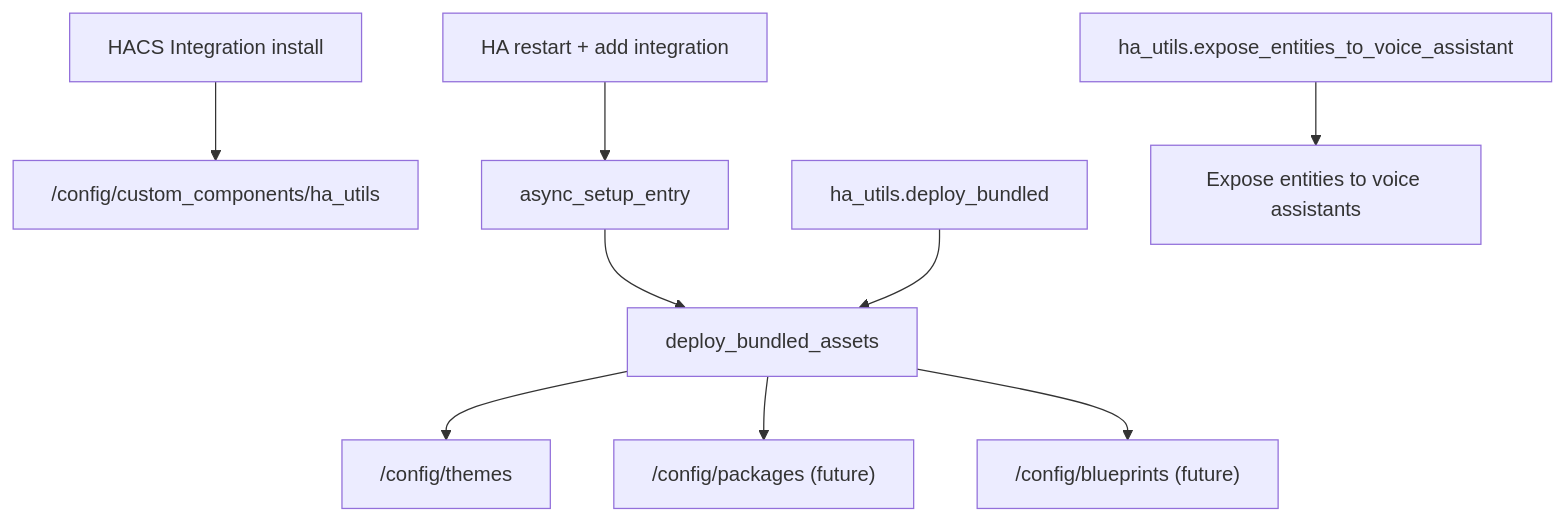
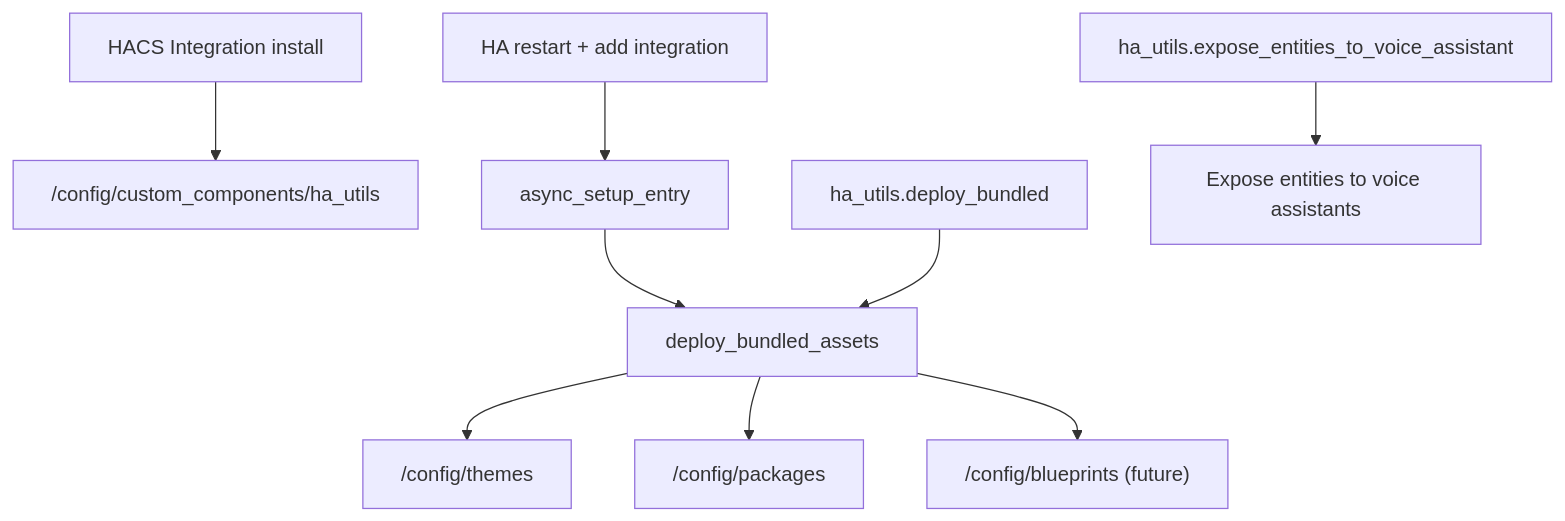
Before and after one commit to ep-ipc/ha-utils: the diagram in docs/PLAN.md, drawn with Mermaid. The commit also changed other lines of this file and 4 other files, not shown here.

````diff
--- a/docs/PLAN.md
+++ b/docs/PLAN.md
@@ -53,11 +57,11 @@
 ```mermaid
 flowchart TB
     HACS["HACS Integration install"] --> CC["/config/custom_components/ha_utils"]
     Restart["HA restart + add integration"] --> Setup["async_setup_entry"]
     Setup --> Deploy["deploy_bundled_assets"]
     Deploy --> Themes["/config/themes"]
-    Deploy --> Packages["/config/packages (future)"]
+    Deploy --> Packages["/config/packages"]
     Deploy --> Blueprints["/config/blueprints (future)"]
     DeployAction["ha_utils.deploy_bundled"] --> Deploy
     VoiceAction["ha_utils.expose_entities_to_voice_assistant"] --> Voice["Expose entities to voice assistants"]
 ```
````
